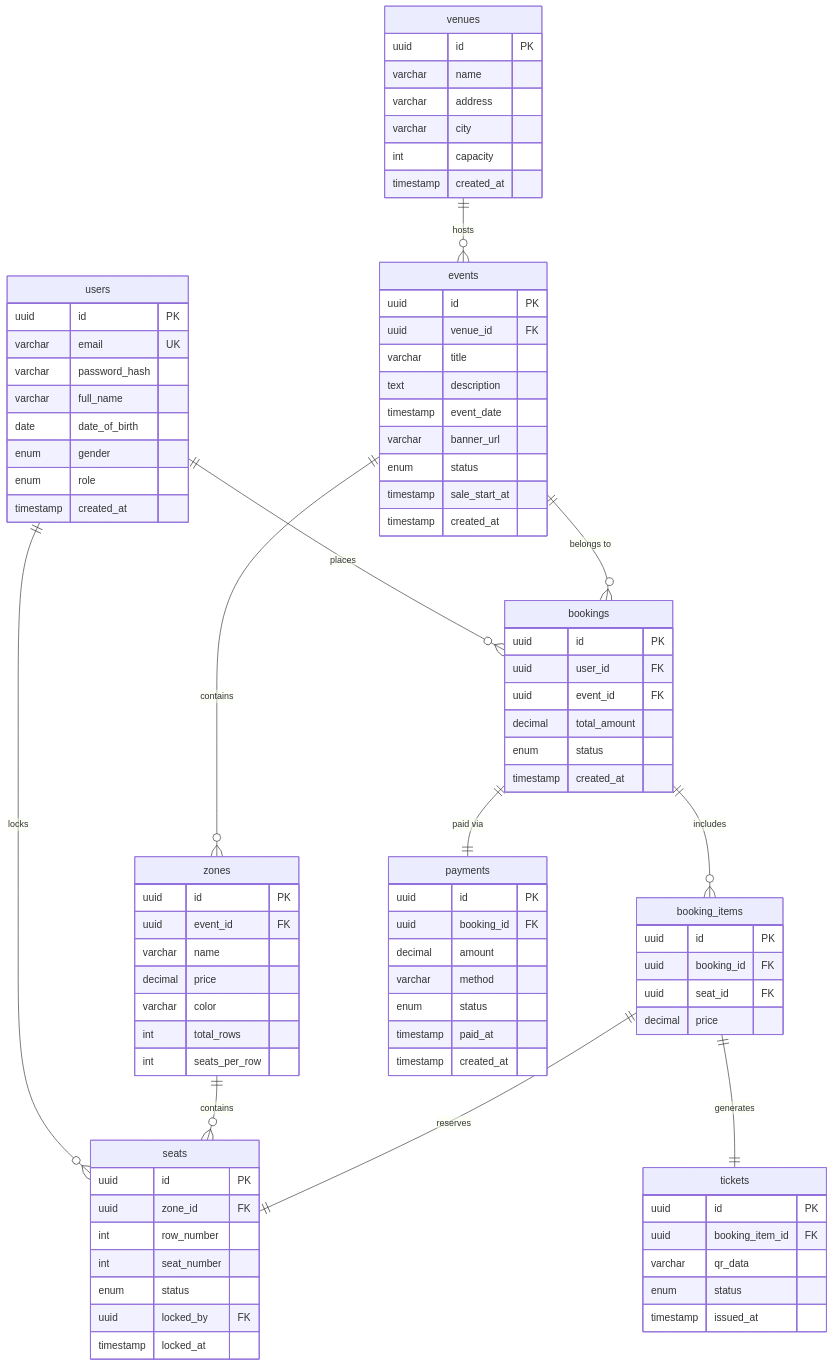
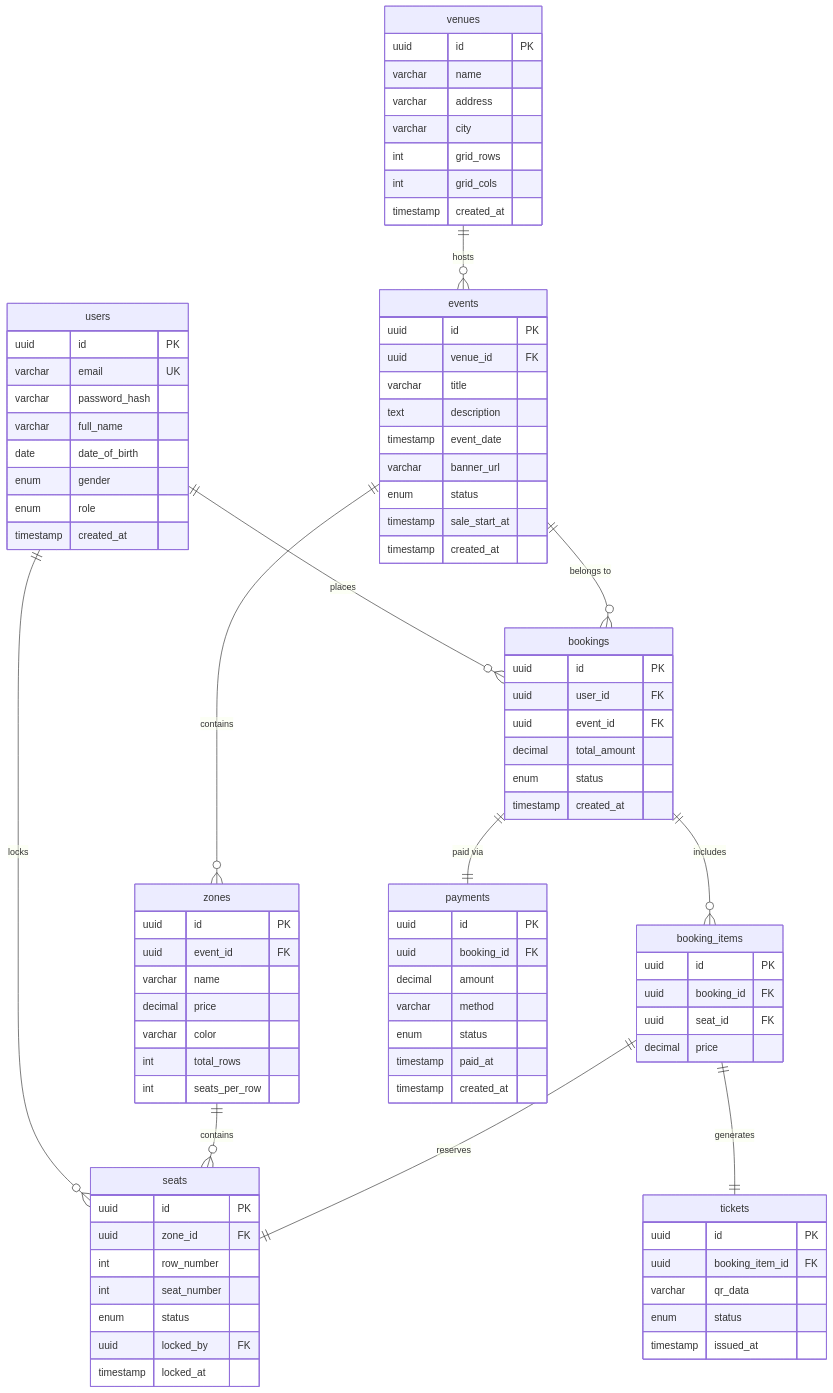
One commit to thaihoc1310/ticket-rush changed the second of 7 diagrams in ticketrush_implementation.plan.md. Above: the diagram before and after it, drawn with Mermaid. The commit also changed other lines of this file and 16 other files, not shown here.

Commit message:
feat: migrate grid dimensions from Event to Venue model; update related schemas and services

```diff
--- a/ticketrush_implementation.plan.md
+++ b/ticketrush_implementation.plan.md
@@ -224,7 +224,8 @@
         varchar name
         varchar address
         varchar city
-        int capacity
+        int grid_rows
+        int grid_cols
         timestamp created_at
     }
 
```
